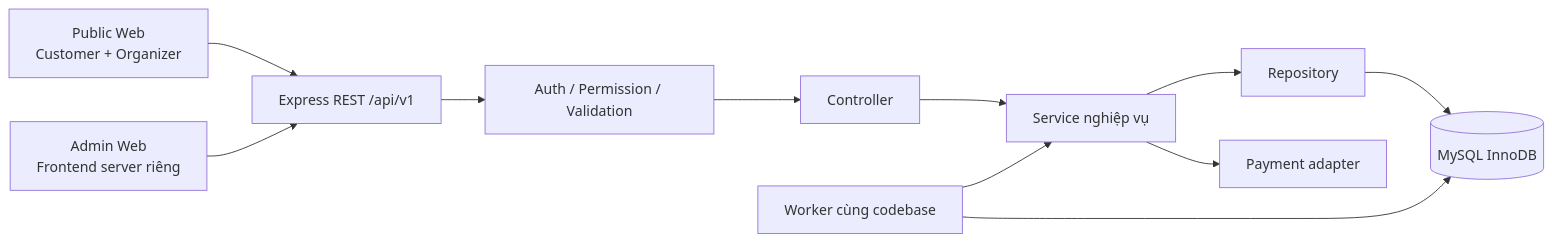
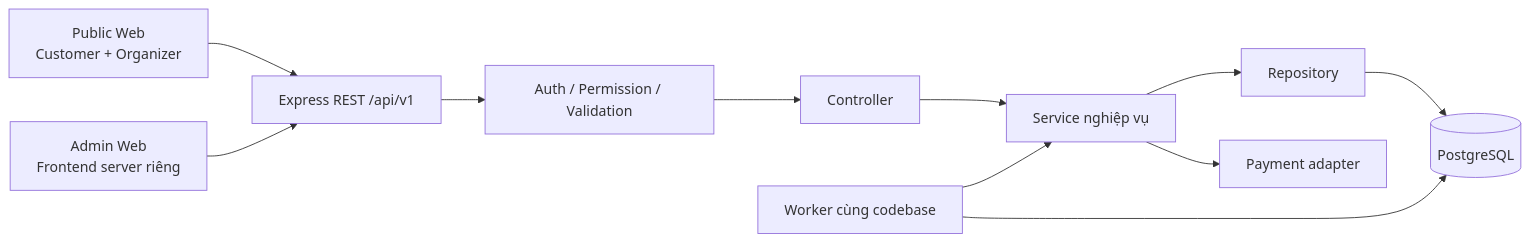
Before and after one commit to TienTrn05/Event_booking_ticket: the diagram in Docs/10-backend-architecture.md, drawn with Mermaid. The commit also changed other lines of this file and 180 other files, not shown here.

````diff
--- a/Docs/10-backend-architecture.md
+++ b/Docs/10-backend-architecture.md
@@ -7,13 +7,13 @@
 ```mermaid
 flowchart LR
     PUBLIC[Public Web<br/>Customer + Organizer] --> API[Express REST /api/v1]
     ADMIN[Admin Web<br/>Frontend server riêng] --> API
     API --> MW[Auth / Permission / Validation]
     MW --> C[Controller]
     C --> S[Service nghiệp vụ]
     S --> R[Repository]
-    R --> DB[(MySQL InnoDB)]
+    R --> DB[(PostgreSQL)]
     S --> PA[Payment adapter]
     W[Worker cùng codebase] --> S
     W --> DB
 ```
````
